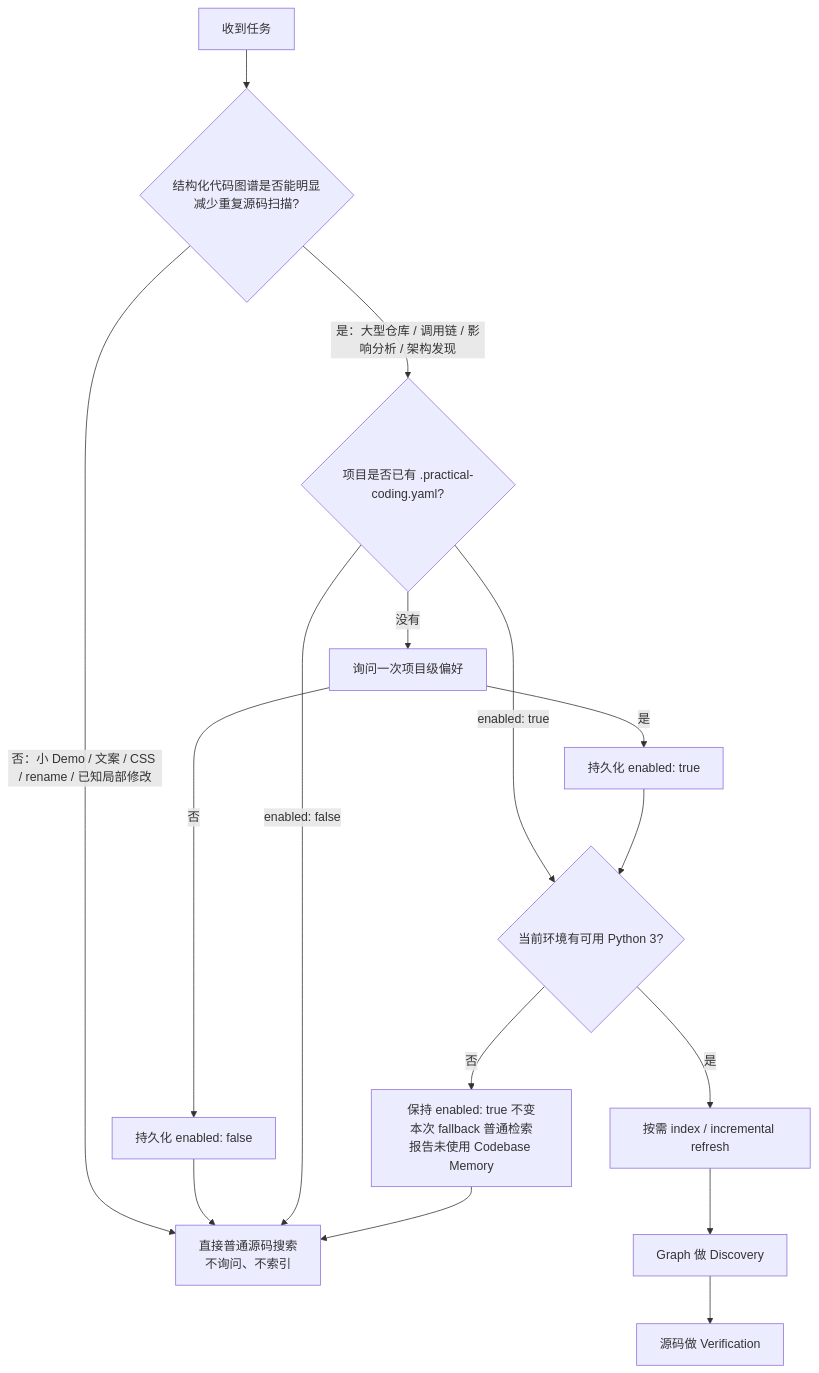
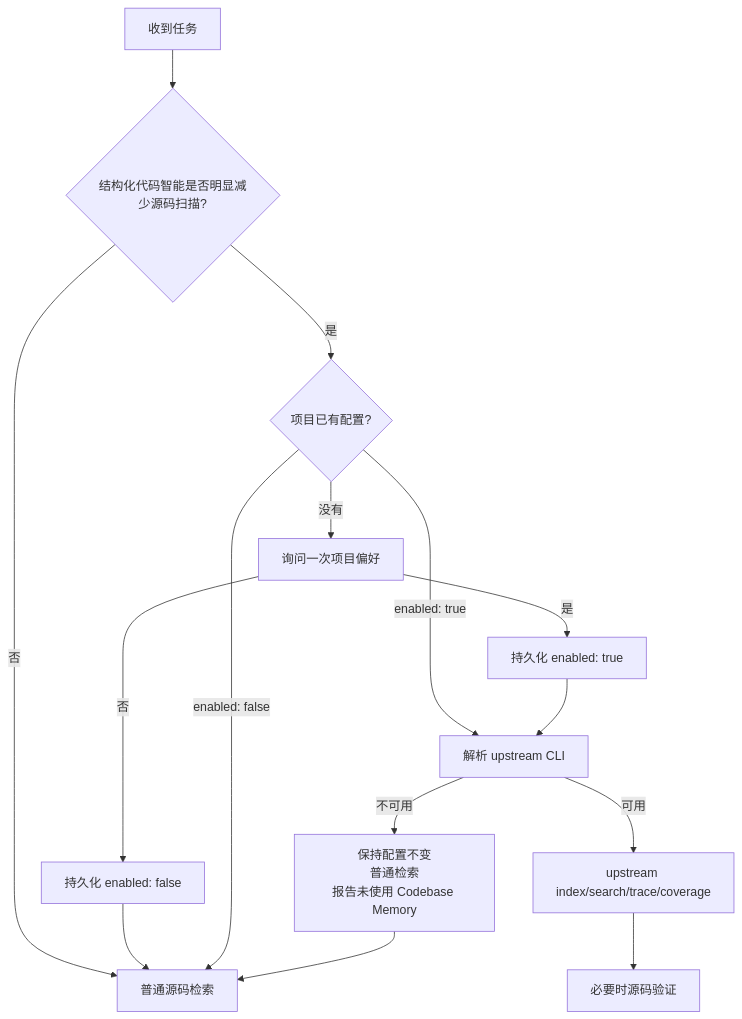
Before and after one commit to Hubujiu/practical-coding: the second of 2 diagrams in README.md, drawn with Mermaid. The commit also changed other lines of this file and 14 other files, not shown here.

Commit message:
refactor: use upstream Codebase Memory directly

````diff
--- a/README.md
+++ b/README.md
@@ -224,14 +163,14 @@
 ```mermaid
 flowchart TD
-    T["收到任务"] --> Q{"结构化代码图谱是否能明显减少重复源码扫描?"}
-    Q -->|"否：小 Demo / 文案 / CSS / rename / 已知局部修改"| S["直接普通源码搜索<br/>不询问、不索引"]
-    Q -->|"是：大型仓库 / 调用链 / 影响分析 / 架构发现"| C{"项目是否已有 .practical-coding.yaml?"}
-    C -->|"没有"| A["询问一次项目级偏好"]
+    T["收到任务"] --> Q{"结构化代码智能是否明显减少源码扫描?"}
+    Q -->|"否"| S["普通源码检索"]
+    Q -->|"是"| C{"项目已有配置?"}
+    C -->|"没有"| A["询问一次项目偏好"]
     A -->|"否"| DIS["持久化 enabled: false"] --> S
     A -->|"是"| EN["持久化 enabled: true"]
     C -->|"enabled: false"| S
-    C -->|"enabled: true"| PY{"当前环境有可用 Python 3?"}
-    EN --> PY
-    PY -->|"是"| G["按需 index / incremental refresh"] --> U["Graph 做 Discovery"] --> V["源码做 Verification"]
-    PY -->|"否"| FB["保持 enabled: true 不变<br/>本次 fallback 普通检索<br/>报告未使用 Codebase Memory"] --> S
+    C -->|"enabled: true"| R["解析 upstream CLI"]
+    EN --> R
+    R -->|"可用"| U["upstream index/search/trace/coverage"] --> V["必要时源码验证"]
+    R -->|"不可用"| FB["保持配置不变<br/>普通检索<br/>报告未使用 Codebase Memory"] --> S
 ```
````
